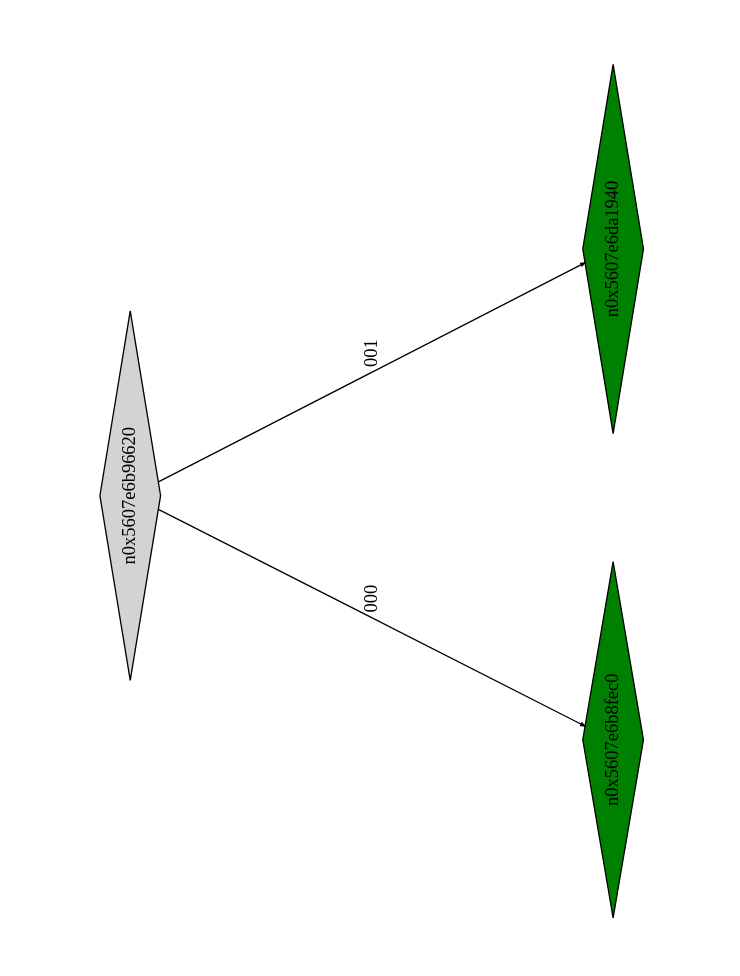
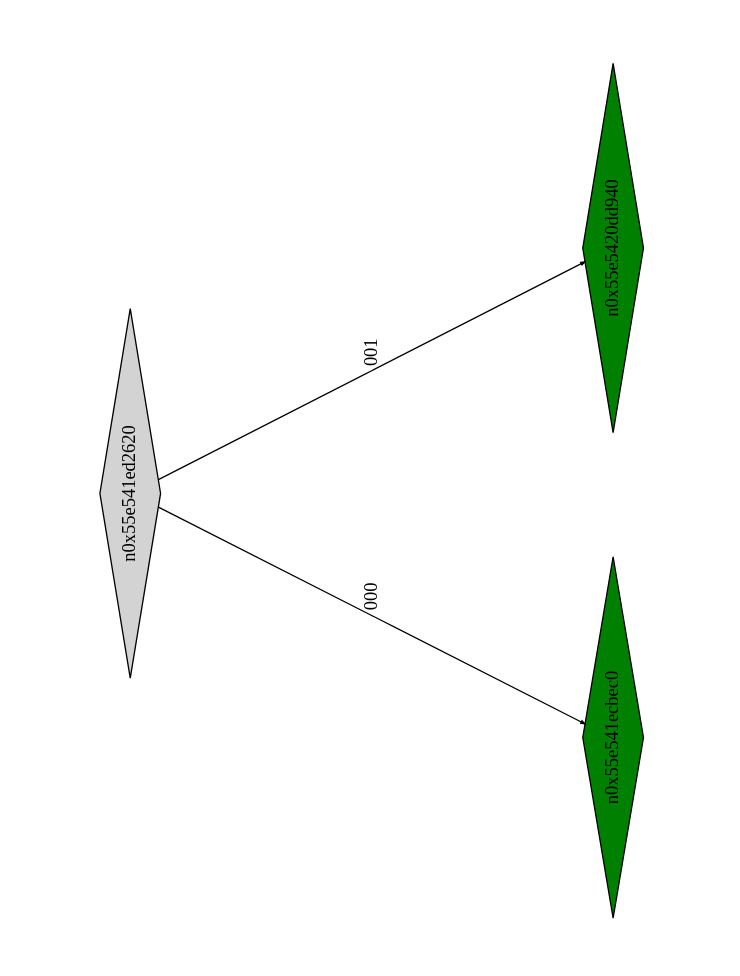
Before and after one commit to Research-Tools-PAVT/PSE-Program-Examples: the diagram in example1_klee_out/ptree_00000263.dot, drawn with Graphviz. The commit also changed 41 other files, not shown here.

```diff
--- a/example1_klee_out/ptree_00000263.dot
+++ b/example1_klee_out/ptree_00000263.dot
@@ -1,13 +1,13 @@
 digraph G {
 	size="10,7.5";
 	ratio=fill;
 	rotate=90;
 	center = "true";
 	node [style="filled",width=.1,height=.1,fontname="Terminus"]
 	edge [arrowsize=.3]
-	n0x5607e6b96620 [shape=diamond];
-	n0x5607e6b96620 -> n0x5607e6b8fec0 [label=000];
-	n0x5607e6b96620 -> n0x5607e6da1940 [label=001];
-	n0x5607e6da1940 [shape=diamond,fillcolor=green];
-	n0x5607e6b8fec0 [shape=diamond,fillcolor=green];
+	n0x55e541ed2620 [shape=diamond];
+	n0x55e541ed2620 -> n0x55e541ecbec0 [label=000];
+	n0x55e541ed2620 -> n0x55e5420dd940 [label=001];
+	n0x55e5420dd940 [shape=diamond,fillcolor=green];
+	n0x55e541ecbec0 [shape=diamond,fillcolor=green];
 }
```
